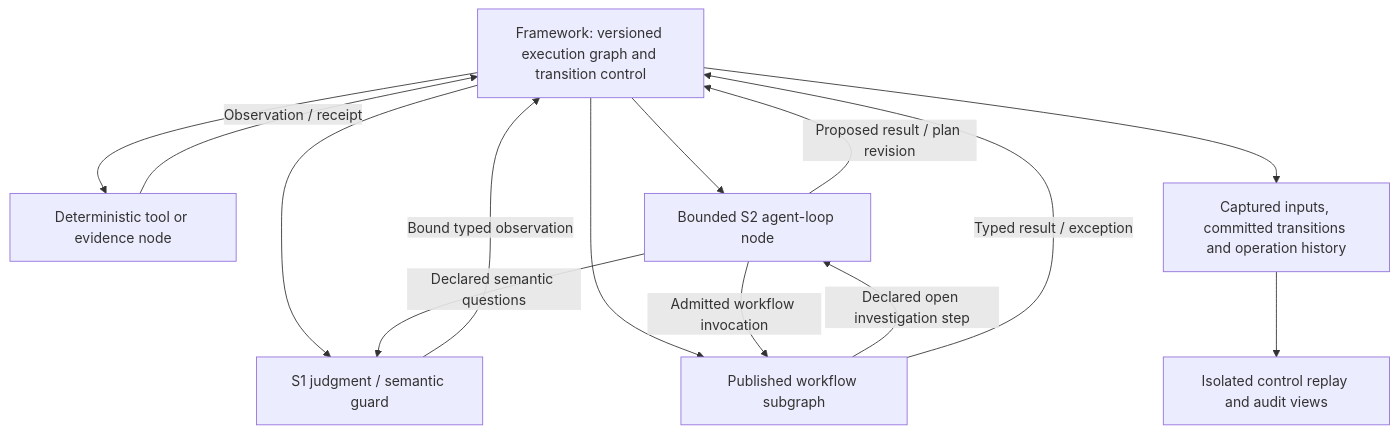
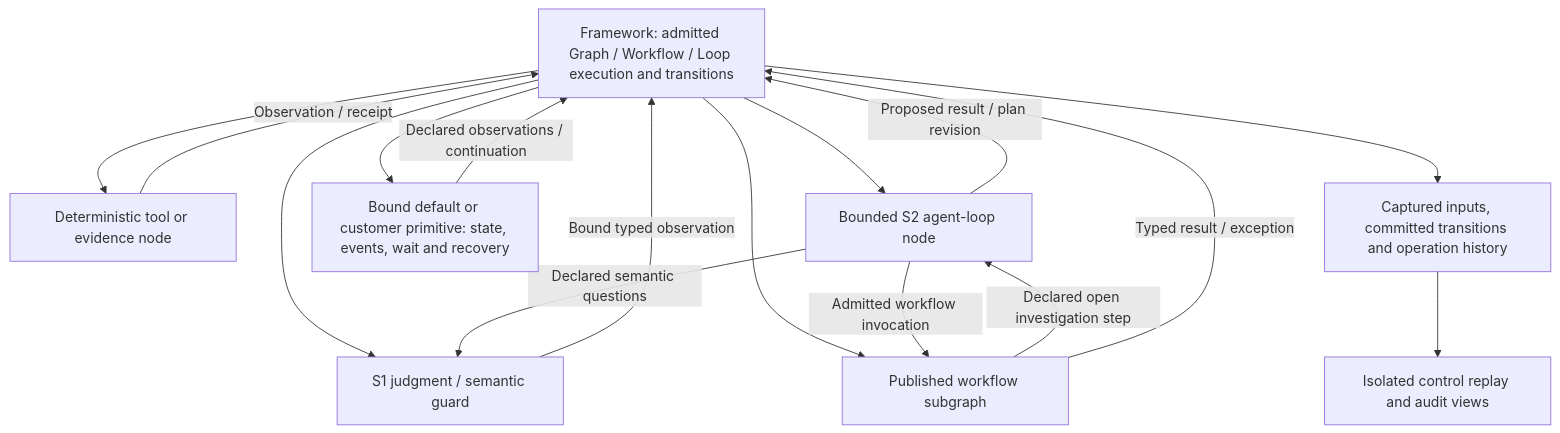
The fifth of 6 diagrams in achitecture design/09-nga-architecture-diagrams.md (chaosxingxc-orion/nga), drawn with Mermaid before and after one commit. The commit also changed other lines of this file and 5 other files, not shown here.

````diff
--- a/achitecture design/09-nga-architecture-diagrams.md
+++ b/achitecture design/09-nga-architecture-diagrams.md
@@ -153,16 +163,18 @@
 ```mermaid
 flowchart TB
-    G["Framework: versioned execution graph and transition control"] --> J["S1 judgment / semantic guard"]
+    G["Framework: admitted Graph / Workflow / Loop execution and transitions"] --> J["S1 judgment / semantic guard"]
     G --> T["Deterministic tool or evidence node"]
     G --> L["Bounded S2 agent-loop node"]
     G --> W["Published workflow subgraph"]
+    G --> X["Bound default or customer primitive: state, events, wait and recovery"]
     L -->|"Declared semantic questions"| J
     L -->|"Admitted workflow invocation"| W
     W -->|"Declared open investigation step"| L
     J -->|"Bound typed observation"| G
     T -->|"Observation / receipt"| G
     L -->|"Proposed result / plan revision"| G
     W -->|"Typed result / exception"| G
+    X -->|"Declared observations / continuation"| G
     G --> H["Captured inputs, committed transitions and operation history"]
     H --> R["Isolated control replay and audit views"]
 ```
````
